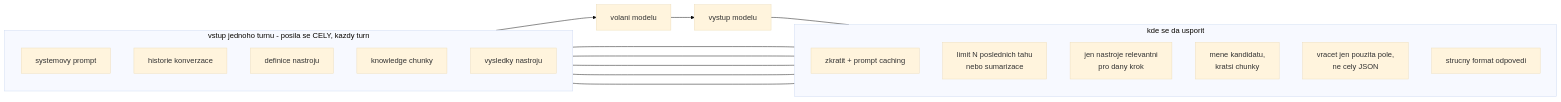
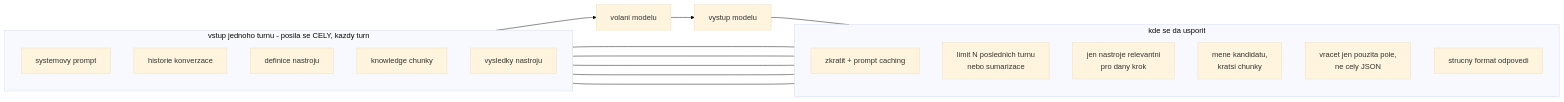
The first of 2 diagrams in day-5/perf-cost-lifecycle/README.md (MalasekPetr/gopas-spo_copilot), drawn with Mermaid (base theme) before and after one commit. The commit also changed other lines of this file and 7 other files, not shown here.

````diff
--- a/day-5/perf-cost-lifecycle/README.md
+++ b/day-5/perf-cost-lifecycle/README.md
@@ -40,28 +40,28 @@
 ```mermaid
 flowchart LR
   subgraph IN[vstup jednoho turnu - posila se CELY, kazdy turn]
     direction TB
     SP[systemovy prompt]
     H[historie konverzace]
     TD[definice nastroju]
     K[knowledge chunky]
     TR[vysledky nastroju]
   end
   IN --> M[volani modelu]
   M --> O[vystup modelu]
   subgraph USP[kde se da usporit]
     direction TB
     U1[zkratit + prompt caching]
-    U2[limit N poslednich tahu<br/>nebo sumarizace]
+    U2[limit N poslednich turnu<br/>nebo sumarizace]
     U3[jen nastroje relevantni<br/>pro dany krok]
     U4[mene kandidatu,<br/>kratsi chunky]
     U5[vracet jen pouzita pole,<br/>ne cely JSON]
     U6[strucny format odpovedi]
   end
   SP --- U1
   H --- U2
   TD --- U3
   K --- U4
   TR --- U5
   O --- U6
 ```
````
